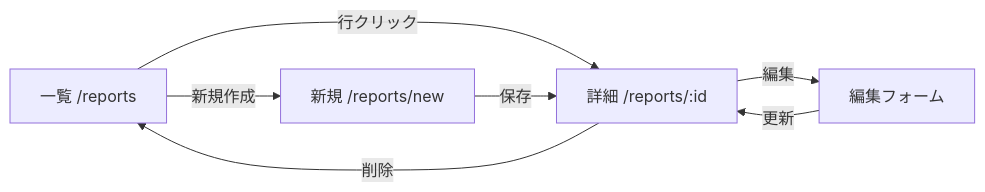
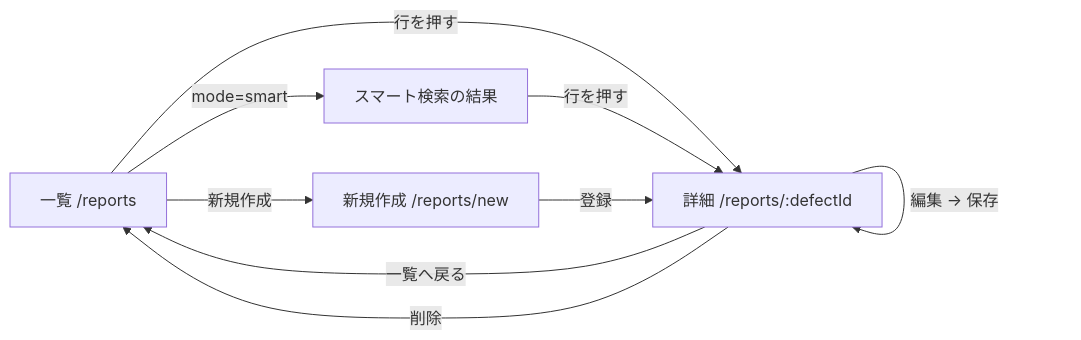
One commit to luvwinnie/2026_ai_seminar changed the second of 5 diagrams in docs/02_機能仕様書.md. Above: the diagram before and after it, drawn with Mermaid. The commit also changed other lines of this file and 570 other files, not shown here.

````diff
--- a/docs/02_機能仕様書.md
+++ b/docs/02_機能仕様書.md
@@ -78,9 +105,12 @@
 ```mermaid
 flowchart LR
-    L["一覧 /reports"] -->|行クリック| D["詳細 /reports/:id"]
-    L -->|新規作成| N["新規 /reports/new"]
-    N -->|保存| D
-    D -->|編集| E["編集フォーム"]
-    E -->|更新| D
-    D -->|削除| L
+    L["一覧 /reports"] -->|"行を押す"| D["詳細 /reports/:defectId"]
+    D -->|"一覧へ戻る"| L
+    L -->|"mode=smart"| S["スマート検索の結果"]
+    S -->|"行を押す"| D
+    D -->|"類似事例の番号"| D
+    L -->|"新規作成"| N["新規作成 /reports/new"]
+    N -->|"登録"| D
+    D -->|"編集 → 保存"| D
+    D -->|"削除"| L
 ```
````
